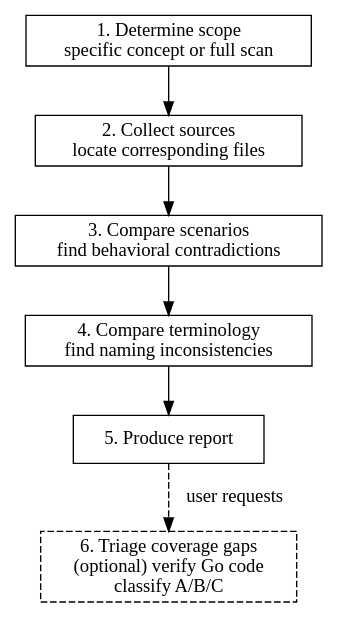
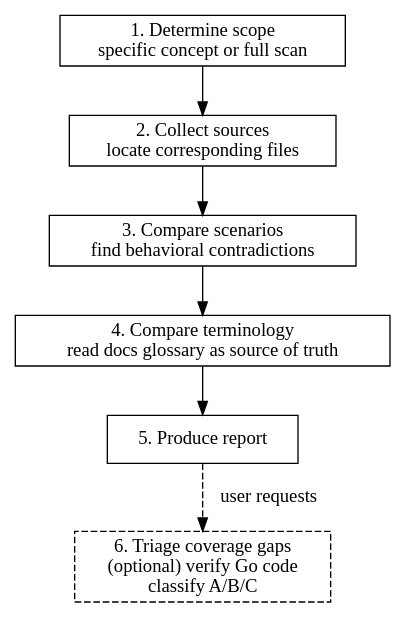
The diagram in .claude/skills/consistency-check/SKILL.md (MilesChou/typemd), drawn with Graphviz before and after one commit. The commit also changed other lines of this file and 65 other files, not shown here.

````diff
--- a/.claude/skills/consistency-check/SKILL.md
+++ b/.claude/skills/consistency-check/SKILL.md
@@ -31,16 +33,16 @@
 ```dot
 digraph consistency_check {
   rankdir=TB;
   node [shape=box];
 
   scope [label="1. Determine scope\nspecific concept or full scan"];
   collect [label="2. Collect sources\nlocate corresponding files"];
   scenario [label="3. Compare scenarios\nfind behavioral contradictions"];
-  terminology [label="4. Compare terminology\nfind naming inconsistencies"];
+  terminology [label="4. Compare terminology\nread docs glossary as source of truth"];
   report [label="5. Produce report"];
   triage [label="6. Triage coverage gaps\n(optional) verify Go code\nclassify A/B/C" style=dashed];
 
   scope -> collect -> scenario -> terminology -> report;
   report -> triage [style=dashed label="user requests"];
 }
 ```
````
